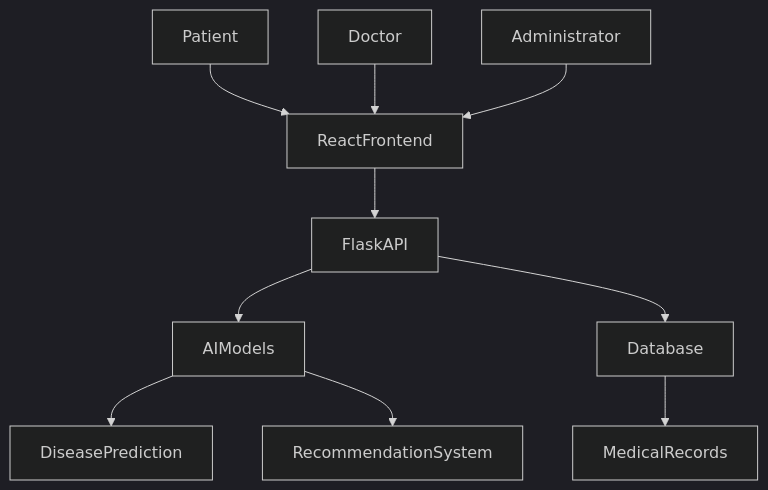
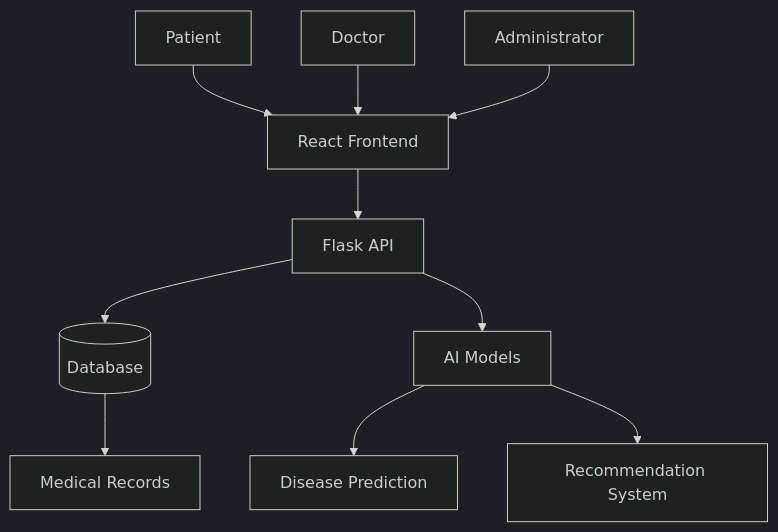
The diagram in README.md (amisaoud-commits/rendez-vous-medical), drawn with Mermaid (dark theme) before and after one commit. The commit also changed other lines of this file, not shown here.

````diff
--- a/README.md
+++ b/README.md
@@ -149,21 +183,19 @@
 ```mermaid
 flowchart TD
 
-Patient --> ReactFrontend
+A[Patient] --> B[React Frontend]
+C[Doctor] --> B
+D[Administrator] --> B
 
-Doctor --> ReactFrontend
+B --> E[Flask API]
 
-Administrator --> ReactFrontend
+E --> F[(Database)]
 
-ReactFrontend --> FlaskAPI
+E --> G[AI Models]
 
-FlaskAPI --> AIModels
+G --> H[Disease Prediction]
 
-FlaskAPI --> Database
+G --> I[Recommendation System]
 
-AIModels --> DiseasePrediction
-
-AIModels --> RecommendationSystem
-
-Database --> MedicalRecords
+F --> J[Medical Records]
 ```
````
